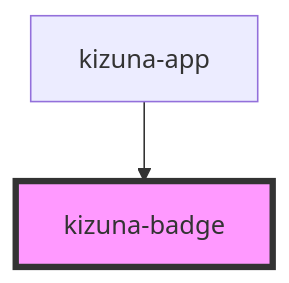
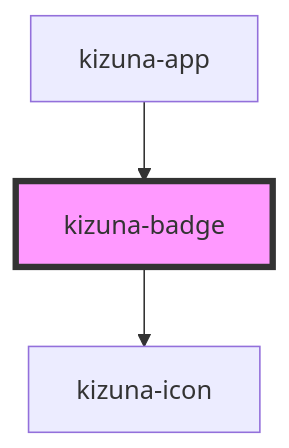
The diagram in kizuna-design-kit/src/components/kizuna-badge/readme.md (hc-institute-japan/kizunakit), drawn with Mermaid before and after one commit. The commit also changed other lines of this file and 8 other files, not shown here.

````diff
--- a/kizuna-design-kit/src/components/kizuna-badge/readme.md
+++ b/kizuna-design-kit/src/components/kizuna-badge/readme.md
@@ -24,5 +28,6 @@
 ```mermaid
 graph TD;
+  kizuna-badge --> kizuna-icon
   kizuna-app --> kizuna-badge
   style kizuna-badge fill:#f9f,stroke:#333,stroke-width:4px
 ```
````
